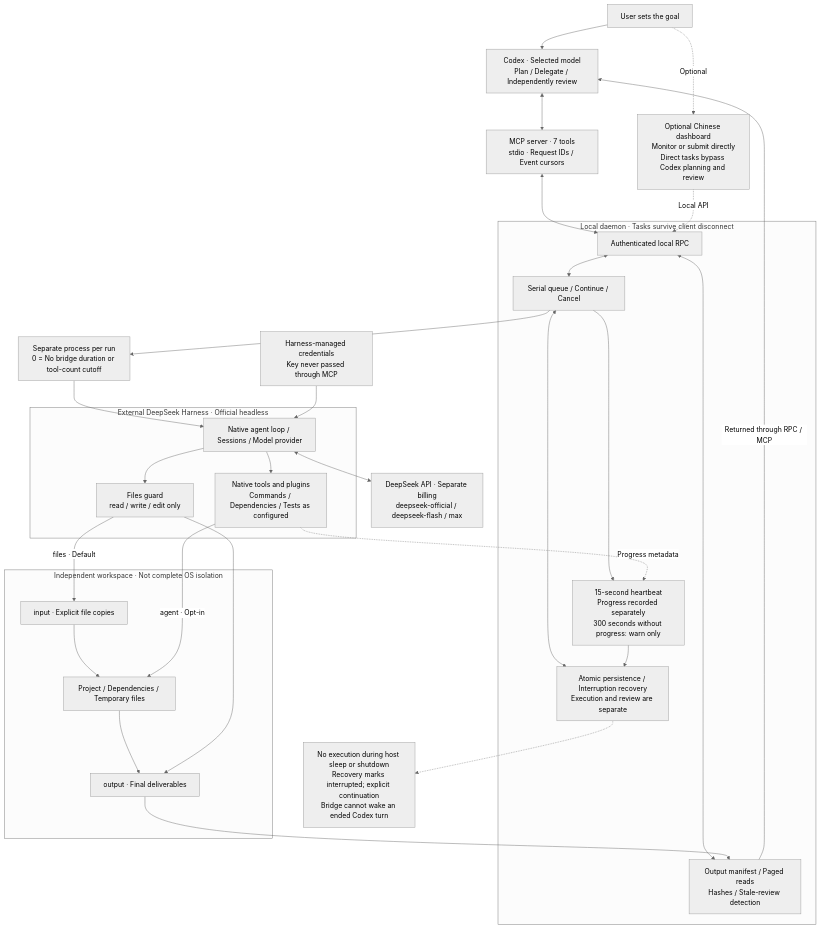
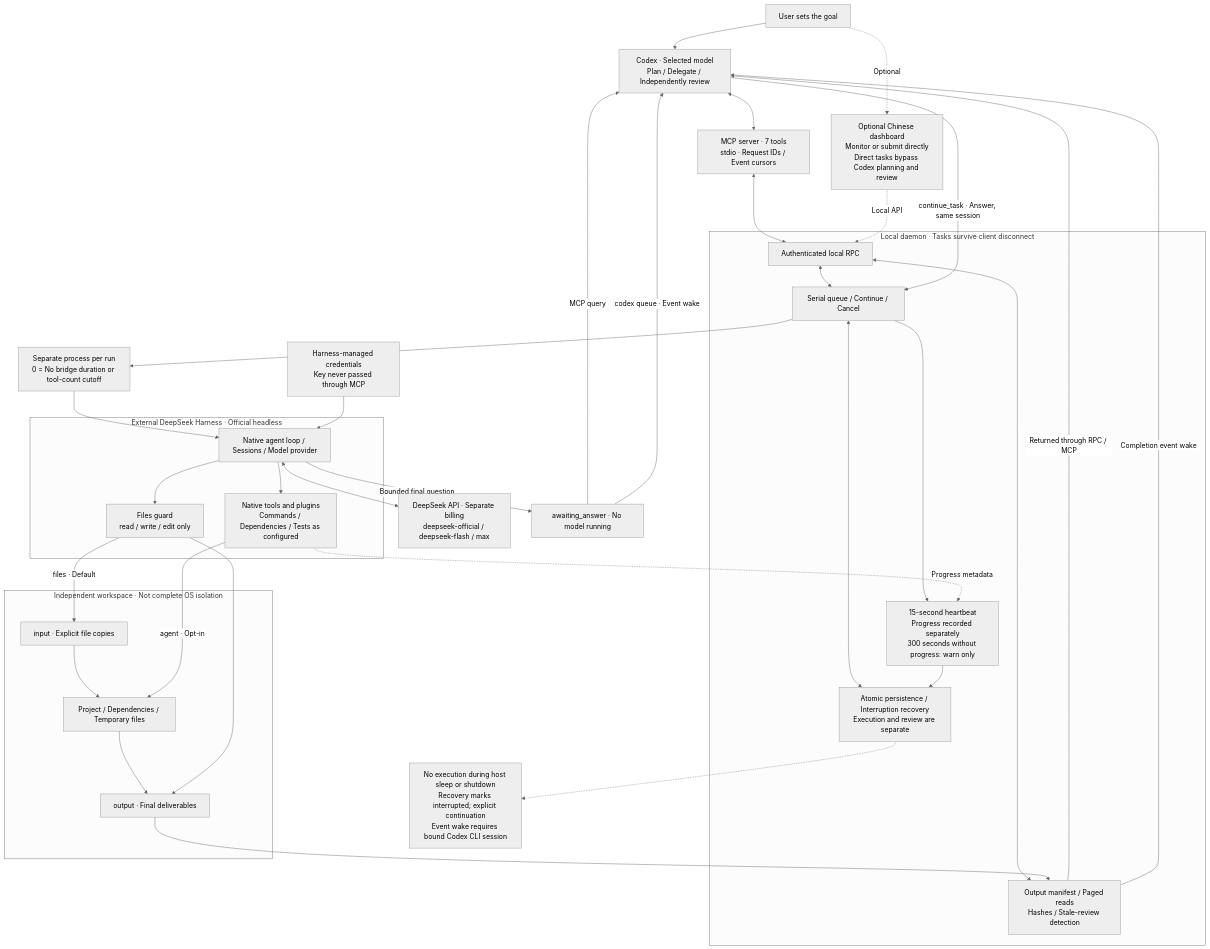
Before and after one commit to WiscOBKenobi/codex-deepseek-harness-bridge: the diagram in docs/architecture.mmd, drawn with Mermaid (neutral theme). The commit also changed 37 other files, not shown here.

Commit message:
Add bounded DeepSeek questions and event-driven Codex wakeups

```diff
--- a/docs/architecture.mmd
+++ b/docs/architecture.mmd
@@ -1,47 +1,52 @@
 flowchart TB
     user[User sets the goal]
     codex[Codex · Selected model<br/>Plan / Delegate / Independently review]
     mcp[MCP server · 7 tools<br/>stdio · Request IDs / Event cursors]
     ui[Optional Chinese dashboard<br/>Monitor or submit directly<br/>Direct tasks bypass Codex planning and review]
     user --> codex
     user -. Optional .-> ui
     codex <--> mcp
     subgraph daemon[Local daemon · Tasks survive client disconnect]
         rpc[Authenticated local RPC]
         queue[Serial queue / Continue / Cancel]
         monitor[15-second heartbeat<br/>Progress recorded separately<br/>300 seconds without progress: warn only]
         state[Atomic persistence / Interruption recovery<br/>Execution and review are separate]
         result[Output manifest / Paged reads<br/>Hashes / Stale-review detection]
         rpc <--> queue
         queue <--> state
         queue --> monitor
         rpc <--> result
     end
     mcp <--> rpc
     ui -. Local API .-> rpc
     queue --> runner[Separate process per run<br/>0 = No bridge duration or tool-count cutoff]
     subgraph harness[External DeepSeek Harness · Official headless]
         loop[Native agent loop / Sessions / Model provider]
         plugins[Native tools and plugins<br/>Commands / Dependencies / Tests as configured]
         guard[Files guard<br/>read / write / edit only]
         loop --> plugins
         loop --> guard
     end
     runner --> loop
     loop <--> deepseek[DeepSeek API · Separate billing<br/>deepseek-official / deepseek-flash / max]
     creds[Harness-managed credentials<br/>Key never passed through MCP] --> loop
     plugins -. Progress metadata .-> monitor
     subgraph workspace[Independent workspace · Not complete OS isolation]
         input[input · Explicit file copies]
         work[Project / Dependencies / Temporary files]
         output[output · Final deliverables]
         input --> work --> output
     end
     plugins -- agent · Opt-in --> work
     guard -- files · Default --> input
     guard --> output
     output --> result
     monitor --> state
     result -- Returned through RPC / MCP --> codex
-    limitation[No execution during host sleep or shutdown<br/>Recovery marks interrupted; explicit continuation<br/>Bridge cannot wake an ended Codex turn]
+    limitation[No execution during host sleep or shutdown<br/>Recovery marks interrupted; explicit continuation<br/>Event wake requires bound Codex CLI session]
     state -.-> limitation
+    loop -- "Bounded final question" --> decision[awaiting_answer · No model running]
+    decision -- "MCP query" --> codex
+    codex -- "continue_task · Answer, same session" --> queue
+    decision -- "codex queue · Event wake" --> codex
+    result -- "Completion event wake" --> codex
```
